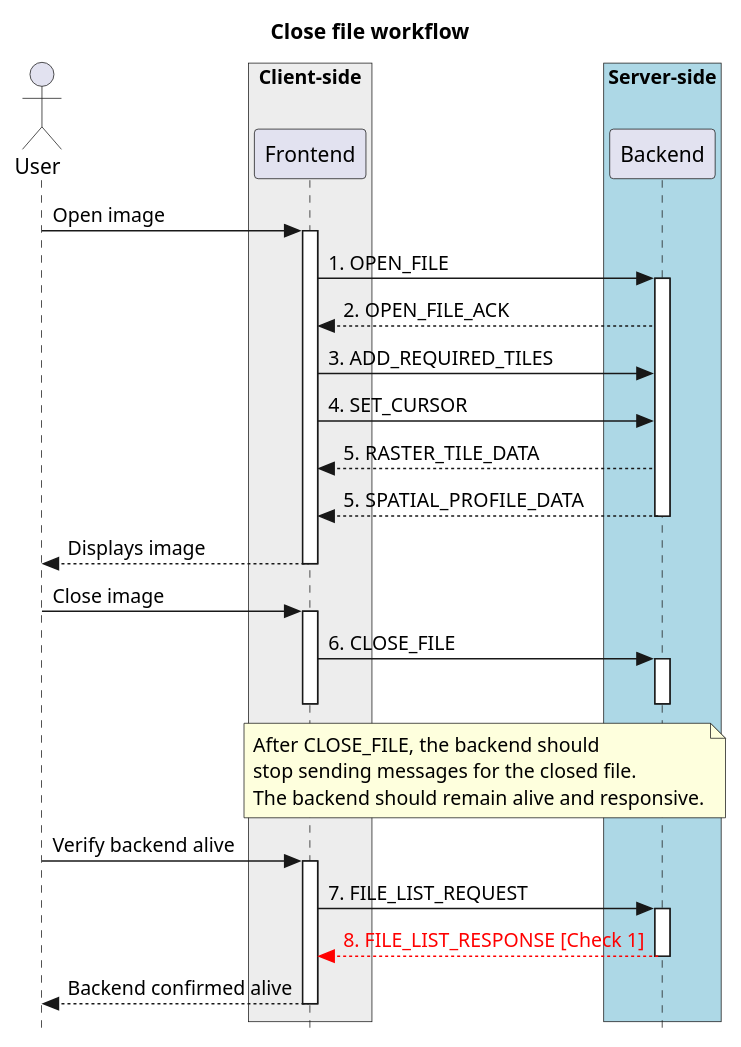
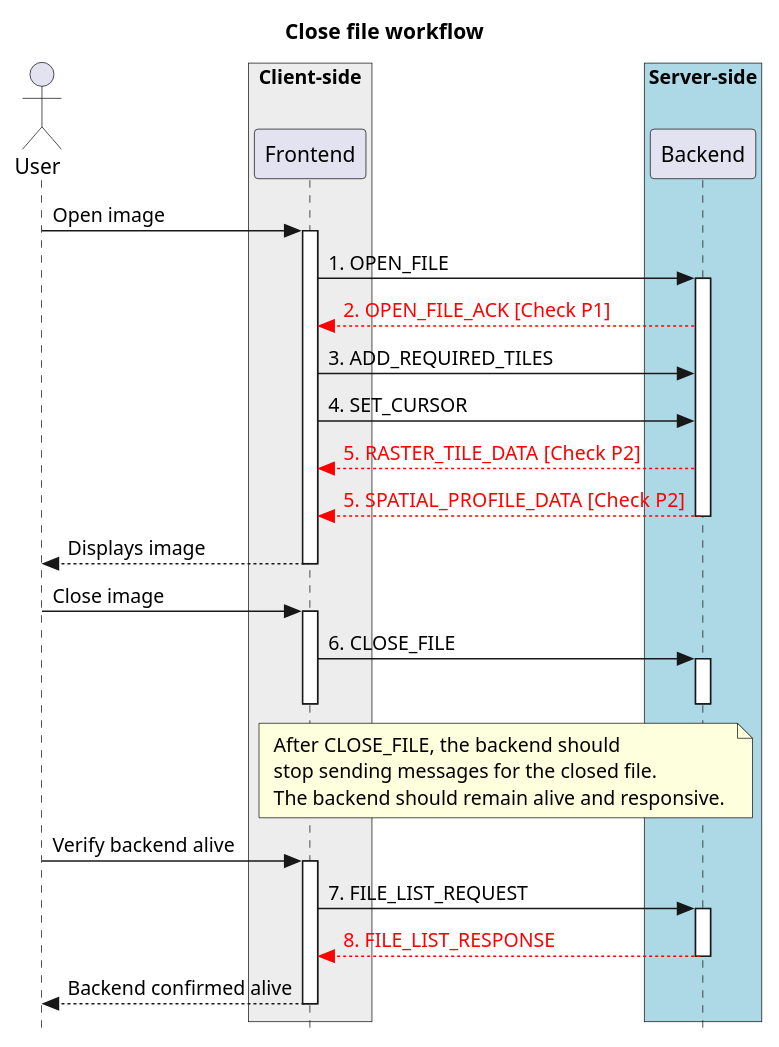
Before and after one commit to CARTAvis/ICD-RxJS: the diagram in docs/source/close_file.rst, drawn with PlantUML. The commit also changed other lines of this file and 9 other files, not shown here.

```diff
--- a/docs/source/close_file.rst
+++ b/docs/source/close_file.rst
@@ -4,50 +4,50 @@
 .. uml::
 
     skinparam style strictuml
     hide footbox
     title Close file workflow
 
     actor User
 
     box "Client-side" #EDEDED
             participant Frontend
     end box
 
     box "Server-side" #lightblue
         participant Backend
     end box
 
     User -> Frontend: Open image
     activate Frontend
     Frontend -> Backend : 1. OPEN_FILE
     activate Backend
-    Frontend <-- Backend : 2. OPEN_FILE_ACK
+    Frontend <--[#red] Backend : <font color="red">2. OPEN_FILE_ACK [Check P1]</font>
     Frontend -> Backend : 3. ADD_REQUIRED_TILES
     Frontend -> Backend : 4. SET_CURSOR
-    Frontend <-- Backend : 5. RASTER_TILE_DATA
-    Frontend <-- Backend : 5. SPATIAL_PROFILE_DATA
+    Frontend <--[#red] Backend : <font color="red">5. RASTER_TILE_DATA [Check P2]</font>
+    Frontend <--[#red] Backend : <font color="red">5. SPATIAL_PROFILE_DATA [Check P2]</font>
     deactivate Backend
     User <-- Frontend: Displays image
     deactivate Frontend
 
     User -> Frontend: Close image
     activate Frontend
     Frontend -> Backend : 6. CLOSE_FILE
     activate Backend
     deactivate Backend
     deactivate Frontend
 
     note over Frontend, Backend
         After CLOSE_FILE, the backend should
         stop sending messages for the closed file.
         The backend should remain alive and responsive.
     end note
 
     User -> Frontend: Verify backend alive
     activate Frontend
     Frontend -> Backend : 7. FILE_LIST_REQUEST
     activate Backend
-    Frontend <--[#red] Backend : <font color="red">8. FILE_LIST_RESPONSE [Check 1]</font>
+    Frontend <--[#red] Backend : <font color="red">8. FILE_LIST_RESPONSE</font>
     deactivate Backend
     User <-- Frontend: Backend confirmed alive
     deactivate Frontend
```
